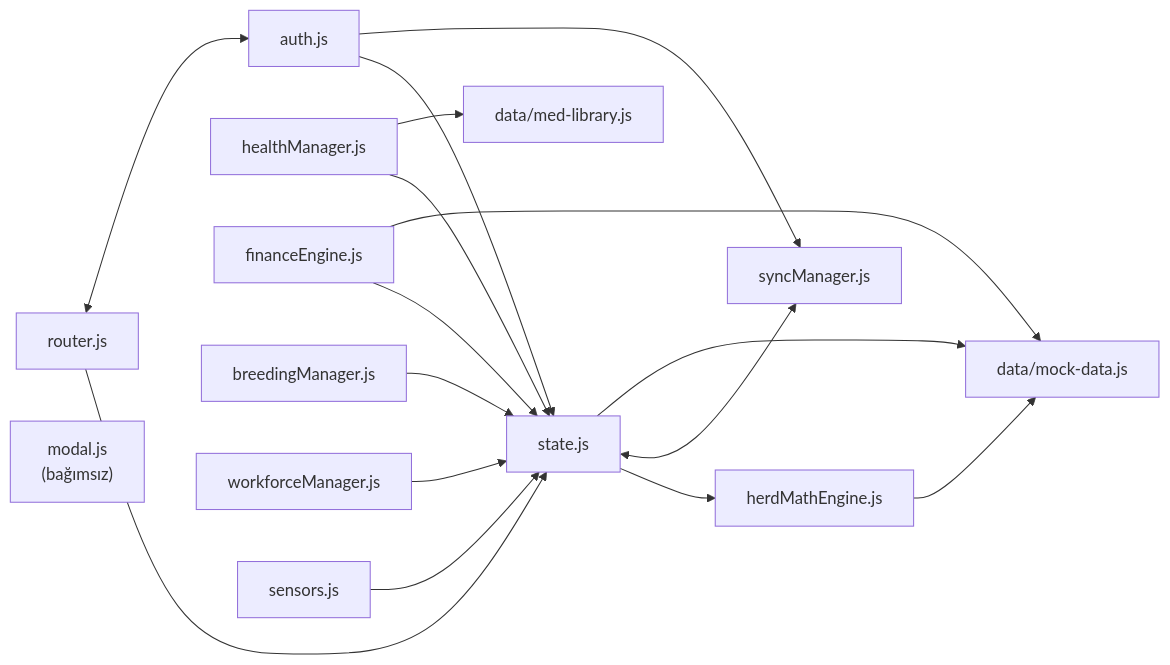
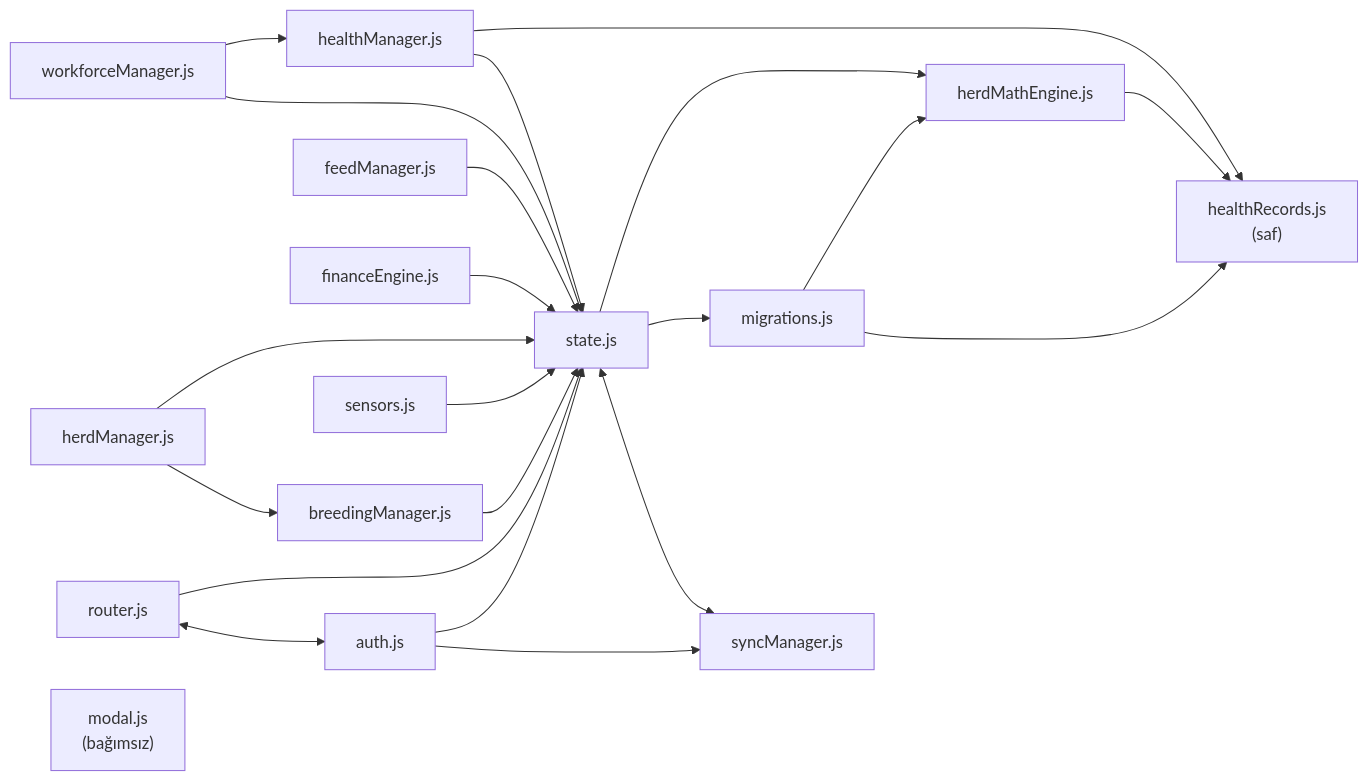
The second of 5 diagrams in ARCHITECTURE.md (feridun35/Kucukbas-Takip), drawn with Mermaid before and after one commit. The commit also changed other lines of this file and 25 other files, not shown here.

````diff
--- a/ARCHITECTURE.md
+++ b/ARCHITECTURE.md
@@ -66,32 +69,39 @@
 ```mermaid
 flowchart LR
   state["state.js"]
   router["router.js"]
   auth["auth.js"]
   sync["syncManager.js"]
-  herd["herdMathEngine.js"]
+  mig["migrations.js"]
+  herdMath["herdMathEngine.js"]
+  records["healthRecords.js<br/>(saf)"]
   health["healthManager.js"]
+  herdMgr["herdManager.js"]
+  feed["feedManager.js"]
   fin["financeEngine.js"]
   breed["breedingManager.js"]
   work["workforceManager.js"]
   sens["sensors.js"]
   modal["modal.js<br/>(bağımsız)"]
-  mock["data/mock-data.js"]
-  med["data/med-library.js"]
 
-  state --> herd
+  state --> herdMath
+  state --> mig
   state <--> sync
-  state --> mock
+  mig --> herdMath
+  mig --> records
+  herdMath --> records
+  health --> records
+  health --> state
+  work --> health
+  work --> state
+  herdMgr --> state
+  herdMgr --> breed
+  feed --> state
+  fin --> state
+  breed --> state
+  sens --> state
   router --> state
   router <--> auth
   auth --> state
   auth --> sync
-  herd --> mock
-  health --> state
-  health --> med
-  fin --> state
-  fin --> mock
-  breed --> state
-  work --> state
-  sens --> state
 ```
````
